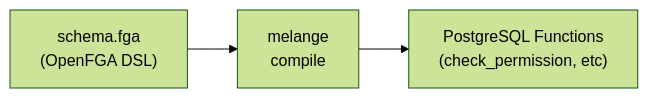
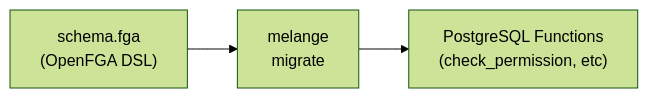
Before and after one commit to pthm/melange: the diagram in docs/content/docs/_index.md, drawn with Mermaid (forest theme). The commit also changed other lines of this file and 8 other files, not shown here.

````diff
--- a/docs/content/docs/_index.md
+++ b/docs/content/docs/_index.md
@@ -16,5 +16,5 @@
 ```mermaid
 flowchart LR
-    schema["schema.fga<br/>(OpenFGA DSL)"] --> melange["melange<br/>compile"]
+    schema["schema.fga<br/>(OpenFGA DSL)"] --> melange["melange<br/>migrate"]
     melange --> funcs["PostgreSQL Functions<br/>(check_permission, etc)"]
 ```
````
